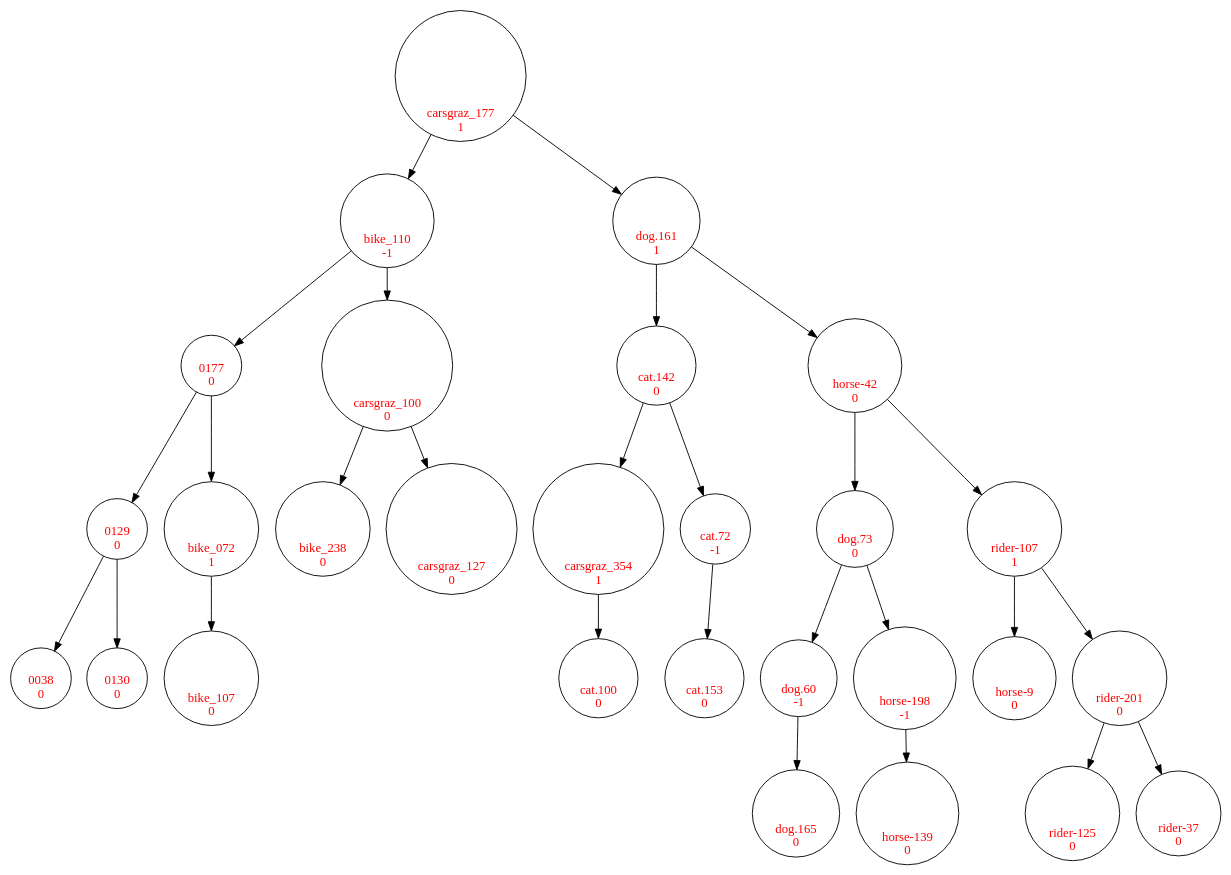
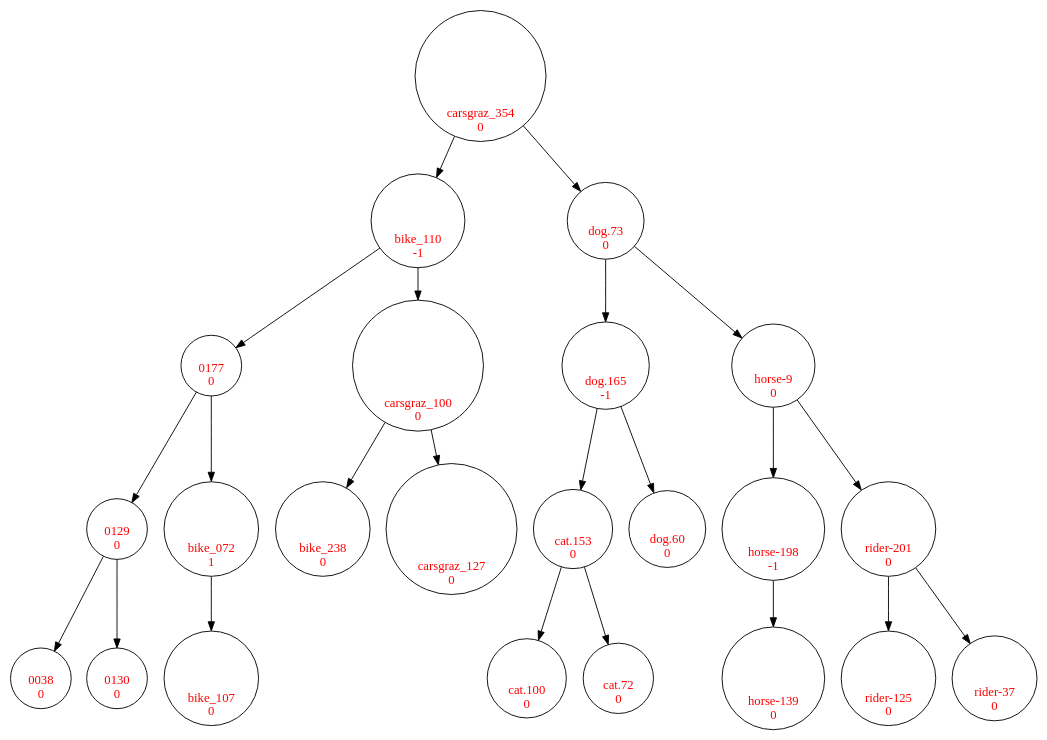
One commit to isaAJ05/Lab_Estructura2 changed the diagram in arbol-binario.gv. Above: the diagram before and after it, drawn with Graphviz. The commit also changed 2 other files, not shown here.

```diff
--- a/arbol-binario.gv
+++ b/arbol-binario.gv
@@ -1,86 +1,71 @@
 // Árbol de Búsqueda Binaria
 digraph {
-	carsgraz_177 [label="carsgraz_177
-1" fontcolor=red fontname="Arial Bold" labelloc=b shape=circle]
+	carsgraz_354 [label="carsgraz_354
+0" fontcolor=red fontname="Arial Bold" labelloc=b shape=circle]
 	bike_110 [label="bike_110
 -1" fontcolor=red fontname="Arial Bold" labelloc=b shape=circle]
-	carsgraz_177 -> bike_110
+	carsgraz_354 -> bike_110
 	0177 [label="0177
 0" fontcolor=red fontname="Arial Bold" labelloc=b shape=circle]
 	bike_110 -> 0177
 	0129 [label="0129
 0" fontcolor=red fontname="Arial Bold" labelloc=b shape=circle]
 	0177 -> 0129
 	0038 [label="0038
 0" fontcolor=red fontname="Arial Bold" labelloc=b shape=circle]
 	0129 -> 0038
 	0130 [label="0130
 0" fontcolor=red fontname="Arial Bold" labelloc=b shape=circle]
 	0129 -> 0130
 	bike_072 [label="bike_072
 1" fontcolor=red fontname="Arial Bold" labelloc=b shape=circle]
 	0177 -> bike_072
 	bike_107 [label="bike_107
 0" fontcolor=red fontname="Arial Bold" labelloc=b shape=circle]
 	bike_072 -> bike_107
 	carsgraz_100 [label="carsgraz_100
 0" fontcolor=red fontname="Arial Bold" labelloc=b shape=circle]
 	bike_110 -> carsgraz_100
 	bike_238 [label="bike_238
 0" fontcolor=red fontname="Arial Bold" labelloc=b shape=circle]
 	carsgraz_100 -> bike_238
 	carsgraz_127 [label="carsgraz_127
 0" fontcolor=red fontname="Arial Bold" labelloc=b shape=circle]
 	carsgraz_100 -> carsgraz_127
-	"dog.161" [label="dog.161
-1" fontcolor=red fontname="Arial Bold" labelloc=b shape=circle]
-	carsgraz_177 -> "dog.161"
-	"cat.142" [label="cat.142
+	"dog.73" [label="dog.73
 0" fontcolor=red fontname="Arial Bold" labelloc=b shape=circle]
-	"dog.161" -> "cat.142"
-	carsgraz_354 [label="carsgraz_354
-1" fontcolor=red fontname="Arial Bold" labelloc=b shape=circle]
-	"cat.142" -> carsgraz_354
+	carsgraz_354 -> "dog.73"
+	"dog.165" [label="dog.165
+-1" fontcolor=red fontname="Arial Bold" labelloc=b shape=circle]
+	"dog.73" -> "dog.165"
+	"cat.153" [label="cat.153
+0" fontcolor=red fontname="Arial Bold" labelloc=b shape=circle]
+	"dog.165" -> "cat.153"
 	"cat.100" [label="cat.100
 0" fontcolor=red fontname="Arial Bold" labelloc=b shape=circle]
-	carsgraz_354 -> "cat.100"
+	"cat.153" -> "cat.100"
 	"cat.72" [label="cat.72
--1" fontcolor=red fontname="Arial Bold" labelloc=b shape=circle]
-	"cat.142" -> "cat.72"
-	"cat.153" [label="cat.153
 0" fontcolor=red fontname="Arial Bold" labelloc=b shape=circle]
-	"cat.72" -> "cat.153"
-	"horse-42" [label="horse-42
+	"cat.153" -> "cat.72"
+	"dog.60" [label="dog.60
 0" fontcolor=red fontname="Arial Bold" labelloc=b shape=circle]
-	"dog.161" -> "horse-42"
-	"dog.73" [label="dog.73
+	"dog.165" -> "dog.60"
+	"horse-9" [label="horse-9
 0" fontcolor=red fontname="Arial Bold" labelloc=b shape=circle]
-	"horse-42" -> "dog.73"
-	"dog.60" [label="dog.60
--1" fontcolor=red fontname="Arial Bold" labelloc=b shape=circle]
-	"dog.73" -> "dog.60"
-	"dog.165" [label="dog.165
-0" fontcolor=red fontname="Arial Bold" labelloc=b shape=circle]
-	"dog.60" -> "dog.165"
+	"dog.73" -> "horse-9"
 	"horse-198" [label="horse-198
 -1" fontcolor=red fontname="Arial Bold" labelloc=b shape=circle]
-	"dog.73" -> "horse-198"
+	"horse-9" -> "horse-198"
 	"horse-139" [label="horse-139
 0" fontcolor=red fontname="Arial Bold" labelloc=b shape=circle]
 	"horse-198" -> "horse-139"
-	"rider-107" [label="rider-107
-1" fontcolor=red fontname="Arial Bold" labelloc=b shape=circle]
-	"horse-42" -> "rider-107"
-	"horse-9" [label="horse-9
-0" fontcolor=red fontname="Arial Bold" labelloc=b shape=circle]
-	"rider-107" -> "horse-9"
 	"rider-201" [label="rider-201
 0" fontcolor=red fontname="Arial Bold" labelloc=b shape=circle]
-	"rider-107" -> "rider-201"
+	"horse-9" -> "rider-201"
 	"rider-125" [label="rider-125
 0" fontcolor=red fontname="Arial Bold" labelloc=b shape=circle]
 	"rider-201" -> "rider-125"
 	"rider-37" [label="rider-37
 0" fontcolor=red fontname="Arial Bold" labelloc=b shape=circle]
 	"rider-201" -> "rider-37"
 }
```
